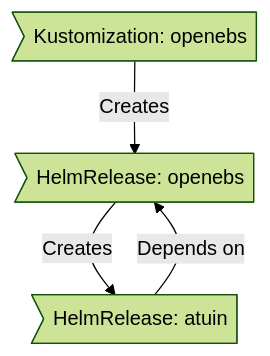
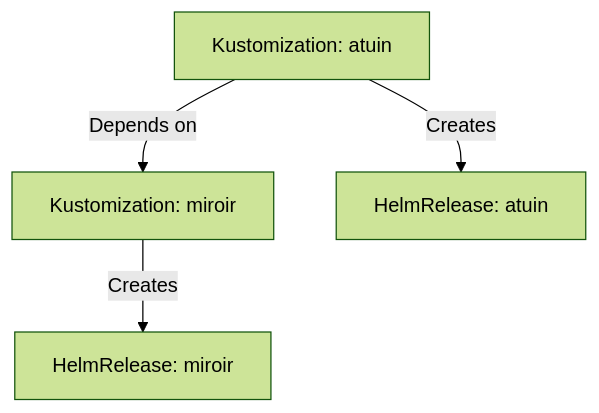
Before and after one commit to caycehouse/home-ops: the first of 2 diagrams in README.md, drawn with Mermaid (forest theme). The commit also changed other lines of this file and 47 other files, not shown here.

````diff
--- a/README.md
+++ b/README.md
@@ -87,6 +87,6 @@
 ```mermaid
 graph TD
-    A>Kustomization: openebs] -->|Creates| B[HelmRelease: openebs]
-    B>HelmRelease: atuin] -->|Creates| C(HelmRelease: atuin)
-    C>HelmRelease: atuin] -->|Depends on| B>HelmRelease: openebs]
+    A[Kustomization: miroir] -->|Creates| B[HelmRelease: miroir]
+    C[Kustomization: atuin] -->|Creates| D[HelmRelease: atuin]
+    C -->|Depends on| A
 ```
````
